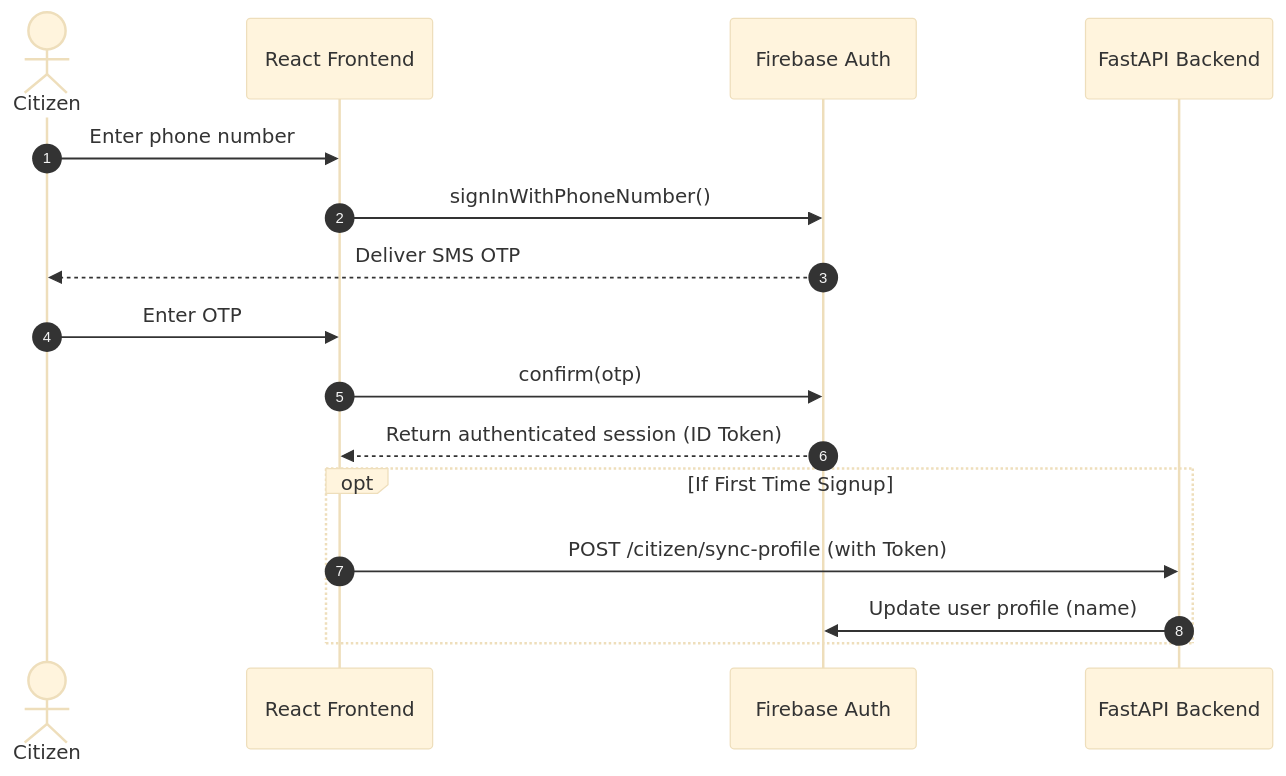
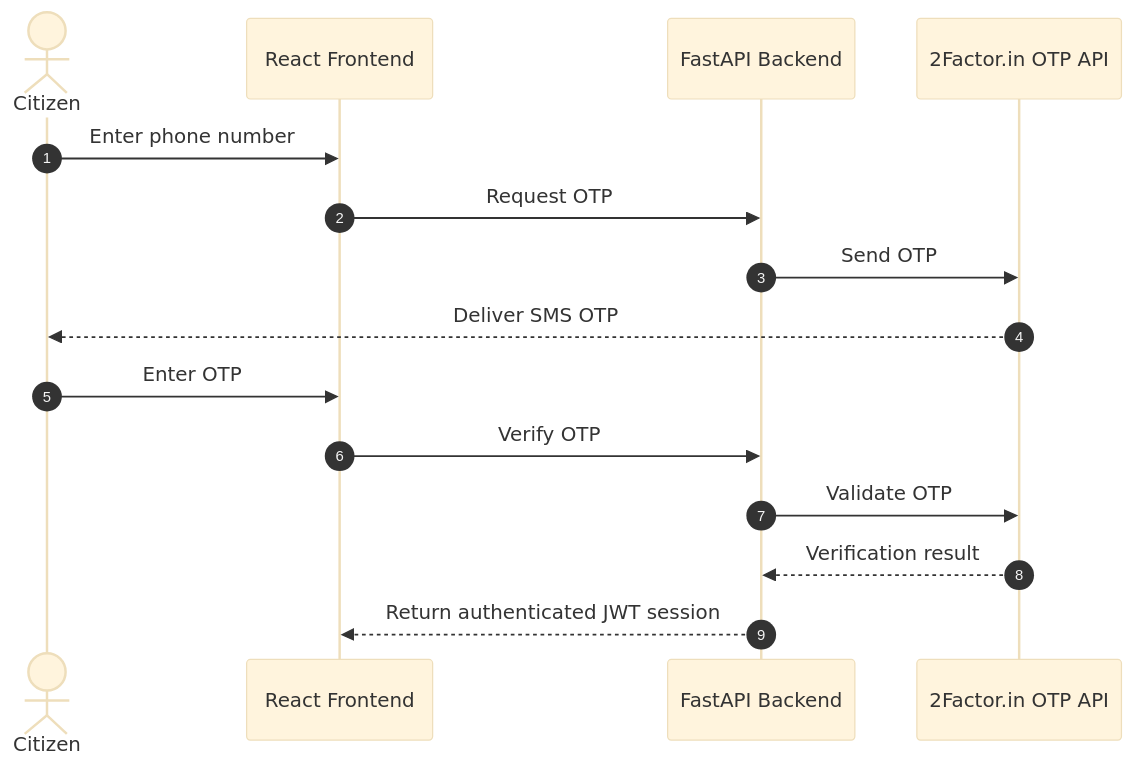
Before and after one commit to Harshit-Awasthi-05/Jan-Awaaz-AI: the fourth of 6 diagrams in README.md, drawn with Mermaid (base theme). The commit also changed other lines of this file, not shown here.

````diff
--- a/README.md
+++ b/README.md
@@ -367,20 +367,19 @@
 ``` mermaid
 sequenceDiagram
     autonumber
     actor Citizen
     participant FE as React Frontend
-    participant Firebase as Firebase Auth
+    participant API as FastAPI Backend
+    participant TwoFactor as 2Factor.in OTP API
     participant API as FastAPI Backend
 
     Citizen->>FE: Enter phone number
-    FE->>Firebase: signInWithPhoneNumber()
-    Firebase-->>Citizen: Deliver SMS OTP
+    FE->>API: Request OTP
+    API->>TwoFactor: Send OTP
+    TwoFactor-->>Citizen: Deliver SMS OTP
     Citizen->>FE: Enter OTP
-    FE->>Firebase: confirm(otp)
-    Firebase-->>FE: Return authenticated session (ID Token)
-    
-    opt If First Time Signup
-        FE->>API: POST /citizen/sync-profile (with Token)
-        API->>Firebase: Update user profile (name)
-    end
+    FE->>API: Verify OTP
+    API->>TwoFactor: Validate OTP
+    TwoFactor-->>API: Verification result
+    API-->>FE: Return authenticated JWT session
 ```
````
